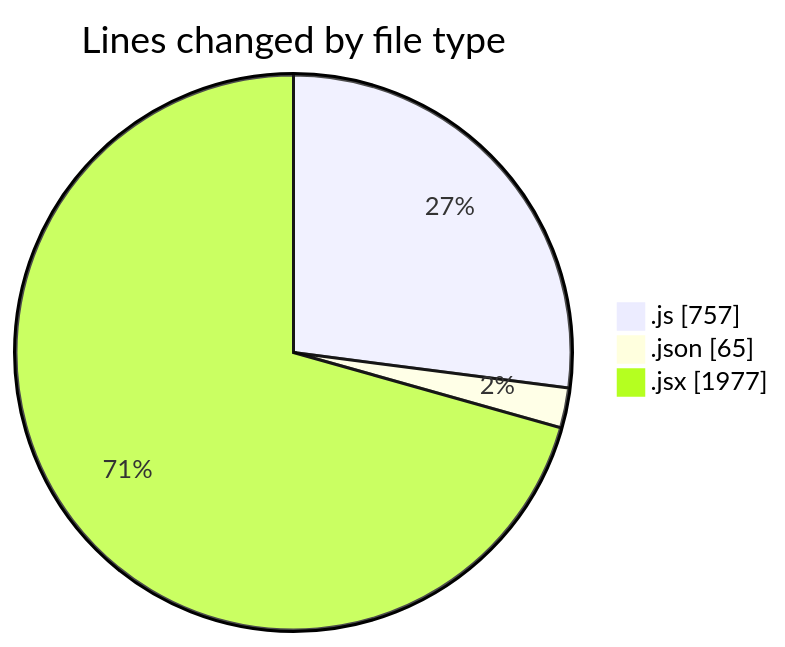
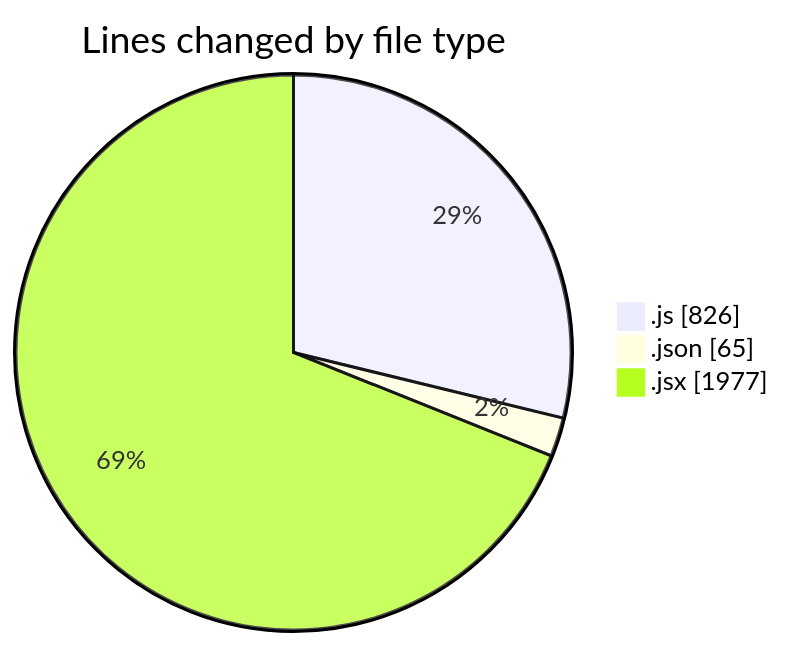
The first of 2 diagrams in 2026-01-14/nxtqube_webapp/README.md (nxtqubesakshisongat/code-tracking), drawn with Mermaid before and after one commit. The commit also changed other lines of this file and 1 other file, not shown here.

````diff
--- a/2026-01-14/nxtqube_webapp/README.md
+++ b/2026-01-14/nxtqube_webapp/README.md
@@ -26,7 +26,7 @@
 ```mermaid
 pie showData
 title Lines changed by file type
-".js" : 757
+".js" : 826
 ".json" : 65
 ".jsx" : 1977
 ```
````
